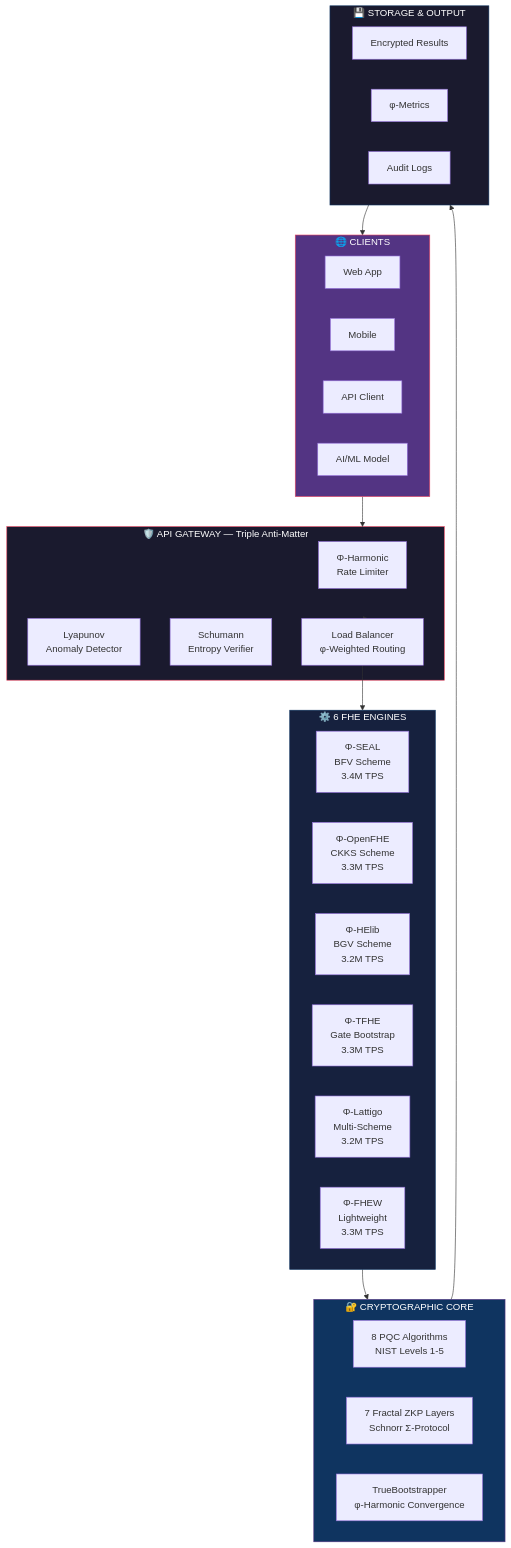
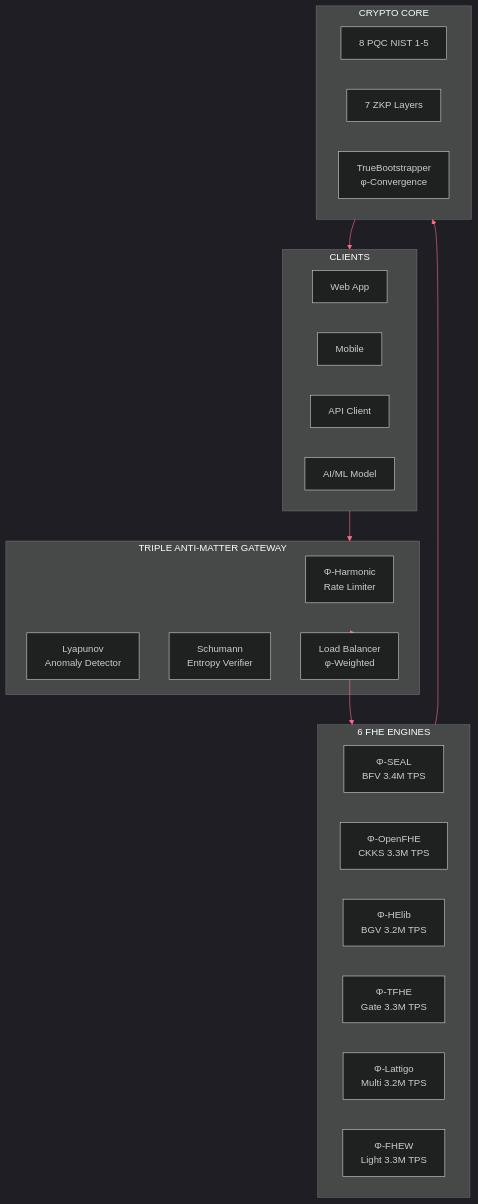
One commit to primordialomegazero/BeyondYourComprehensionFHE changed the first of 2 diagrams in README.md. Above: the diagram before and after it, drawn with Mermaid. The commit also changed other lines of this file, not shown here.

Commit message:
docs: Fixed badges, compact dark architecture + system flow

````diff
--- a/README.md
+++ b/README.md
@@ -30,50 +34,38 @@
 ```mermaid
+%%{init: {'theme': 'dark', 'themeVariables': { 'primaryColor': '#e94560', 'primaryTextColor': '#000', 'primaryBorderColor': '#ff6b8a', 'lineColor': '#ff6b8a', 'secondaryColor': '#16213e', 'tertiaryColor': '#0f3460'}}}%%
 graph TB
-    subgraph CLIENTS["🌐 CLIENTS"]
+    subgraph CLIENTS["CLIENTS"]
         WEB["Web App"]
         MOBILE["Mobile"]
-        API_CLIENT["API Client"]
-        AI_MODEL["AI/ML Model"]
+        API["API Client"]
+        AI["AI/ML Model"]
     end
 
-    subgraph GATEWAY["🛡️ API GATEWAY — Triple Anti-Matter"]
+    subgraph GATEWAY["TRIPLE ANTI-MATTER GATEWAY"]
         PHI["Φ-Harmonic<br/>Rate Limiter"]
         LYAP["Lyapunov<br/>Anomaly Detector"]
         SCHU["Schumann<br/>Entropy Verifier"]
-        ROUTER["Load Balancer<br/>φ-Weighted Routing"]
+        ROUTER["Load Balancer<br/>φ-Weighted"]
     end
 
-    subgraph ENGINES["⚙️ 6 FHE ENGINES"]
-        SEAL["Φ-SEAL<br/>BFV Scheme<br/>3.4M TPS"]
-        OPENFHE["Φ-OpenFHE<br/>CKKS Scheme<br/>3.3M TPS"]
-        HELIB["Φ-HElib<br/>BGV Scheme<br/>3.2M TPS"]
-        TFHE["Φ-TFHE<br/>Gate Bootstrap<br/>3.3M TPS"]
-        LATTIGO["Φ-Lattigo<br/>Multi-Scheme<br/>3.2M TPS"]
-        FHEW["Φ-FHEW<br/>Lightweight<br/>3.3M TPS"]
+    subgraph ENGINES["6 FHE ENGINES"]
+        SEAL["Φ-SEAL<br/>BFV 3.4M TPS"]
+        OPENFHE["Φ-OpenFHE<br/>CKKS 3.3M TPS"]
+        HELIB["Φ-HElib<br/>BGV 3.2M TPS"]
+        TFHE["Φ-TFHE<br/>Gate 3.3M TPS"]
+        LATTIGO["Φ-Lattigo<br/>Multi 3.2M TPS"]
+        FHEW["Φ-FHEW<br/>Light 3.3M TPS"]
     end
 
-    subgraph CRYPTO["🔐 CRYPTOGRAPHIC CORE"]
-        PQC["8 PQC Algorithms<br/>NIST Levels 1-5"]
-        ZKP["7 Fractal ZKP Layers<br/>Schnorr Σ-Protocol"]
-        BOOT["TrueBootstrapper<br/>φ-Harmonic Convergence"]
-    end
-
-    subgraph STORAGE["💾 STORAGE & OUTPUT"]
-        FHE_DB["Encrypted Results"]
-        METRICS["φ-Metrics"]
-        LOGS["Audit Logs"]
+    subgraph CRYPTO["CRYPTO CORE"]
+        PQC["8 PQC NIST 1-5"]
+        ZKP["7 ZKP Layers"]
+        BOOT["TrueBootstrapper<br/>φ-Convergence"]
     end
 
     CLIENTS --> GATEWAY
     GATEWAY --> ROUTER
     ROUTER --> ENGINES
     ENGINES --> CRYPTO
-    CRYPTO --> STORAGE
-    STORAGE --> CLIENTS
-
-    style GATEWAY fill:#1a1a2e,stroke:#e94560,color:#fff
-    style ENGINES fill:#16213e,stroke:#0f3460,color:#fff
-    style CRYPTO fill:#0f3460,stroke:#533483,color:#fff
-    style CLIENTS fill:#533483,stroke:#e94560,color:#fff
-    style STORAGE fill:#1a1a2e,stroke:#0f3460,color:#fff
+    CRYPTO --> CLIENTS
 ```
````
